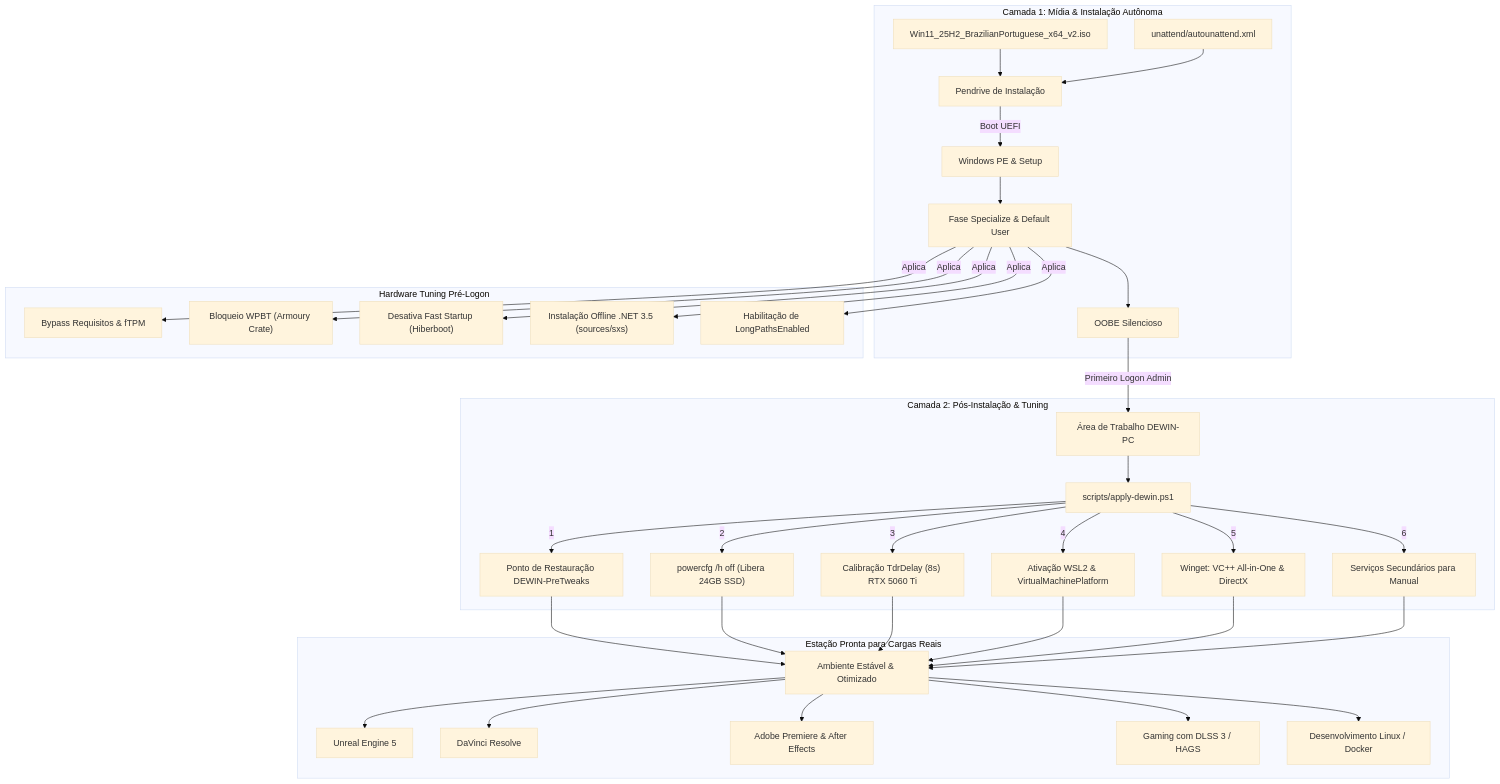
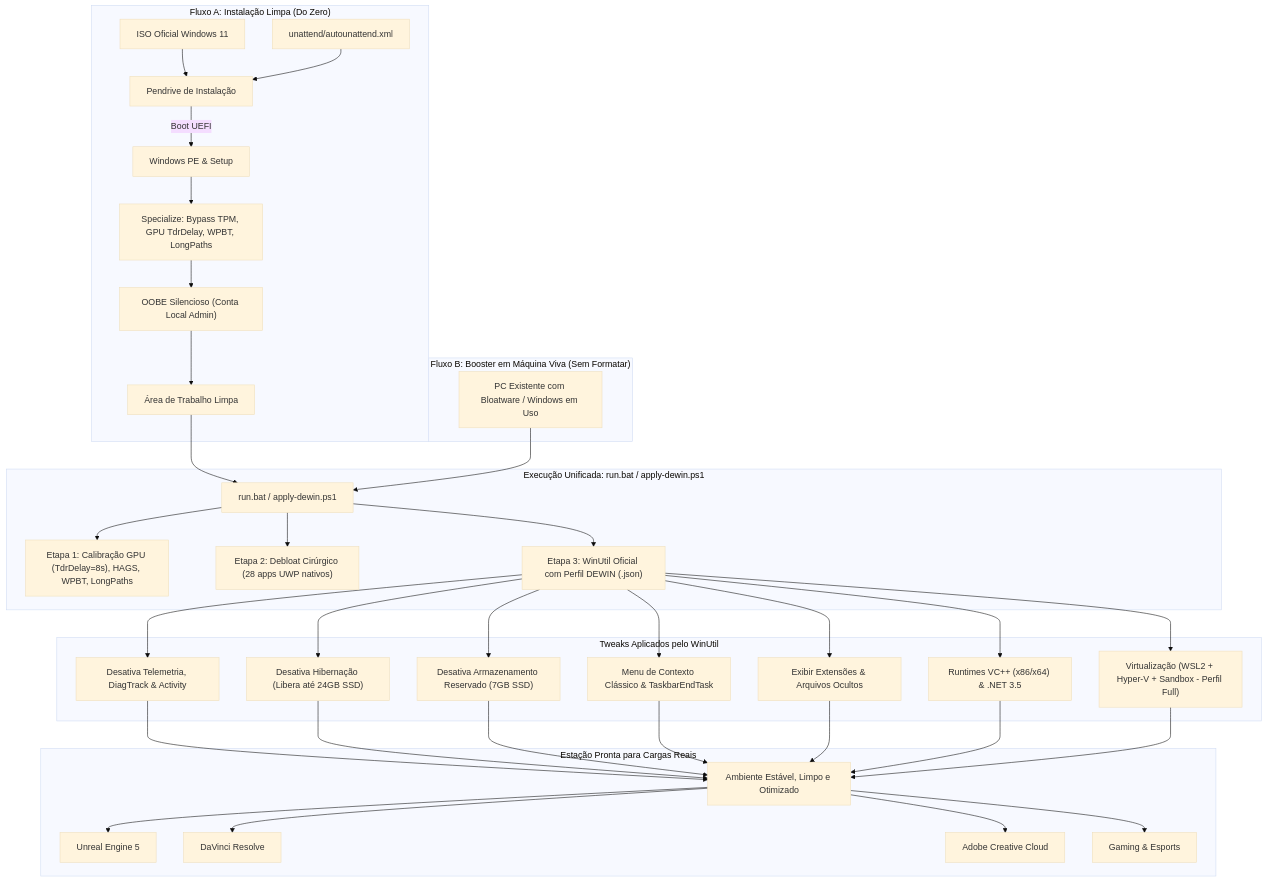
One commit to rubensbkl/dewin changed the diagram in docs/architecture.md. Above: the diagram before and after it, drawn with Mermaid (base theme). The commit also changed other lines of this file and 8 other files, not shown here.

Commit message:
feat: add WinUtil optimization profiles and PowerShell deployment script

````diff
--- a/docs/architecture.md
+++ b/docs/architecture.md
@@ -20,49 +20,45 @@
 ```mermaid
 flowchart TD
-    subgraph ISO_Layer ["Camada 1: Mídia & Instalação Autônoma"]
-        ISO["Win11_25H2_BrazilianPortuguese_x64_v2.iso"]
+    subgraph Flow_A ["Fluxo A: Instalação Limpa (Do Zero)"]
+        ISO["ISO Oficial Windows 11"]
         XML["unattend/autounattend.xml"]
         USB["Pendrive de Instalação"]
-        
         ISO --> USB
         XML --> USB
         USB -->|Boot UEFI| WinPE["Windows PE & Setup"]
-        WinPE --> Specialize["Fase Specialize & Default User"]
-        Specialize --> OOBE["OOBE Silencioso"]
+        WinPE --> Specialize["Specialize: Bypass TPM, GPU TdrDelay, WPBT, LongPaths"]
+        Specialize --> OOBE["OOBE Silencioso (Conta Local Admin)"]
+        OOBE --> DesktopA["Área de Trabalho Limpa"]
     end
 
-    subgraph Hardware_Config ["Hardware Tuning Pré-Logon"]
-        Specialize -->|Aplica| H1["Bypass Requisitos & fTPM"]
-        Specialize -->|Aplica| H2["Bloqueio WPBT (Armoury Crate)"]
-        Specialize -->|Aplica| H3["Desativa Fast Startup (Hiberboot)"]
-        Specialize -->|Aplica| H4["Instalação Offline .NET 3.5 (sources/sxs)"]
-        Specialize -->|Aplica| H5["Habilitação de LongPathsEnabled"]
+    subgraph Flow_B ["Fluxo B: Booster em Máquina Viva (Sem Formatar)"]
+        ExistingPC["PC Existente com Bloatware / Windows em Uso"]
     end
 
-    subgraph Post_Layer ["Camada 2: Pós-Instalação & Tuning"]
-        OOBE -->|Primeiro Logon Admin| Desktop["Área de Trabalho DEWIN-PC"]
-        Desktop --> RunScript["scripts/apply-dewin.ps1"]
+    subgraph Execution ["Execução Unificada: run.bat / apply-dewin.ps1"]
+        DesktopA --> RunBat["run.bat / apply-dewin.ps1"]
+        ExistingPC --> RunBat
         
-        RunScript -->|1| RestorePoint["Ponto de Restauração DEWIN-PreTweaks"]
-        RunScript -->|2| StorageOpt["powercfg /h off (Libera 24GB SSD)"]
-        RunScript -->|3| GPUTuning["Calibração TdrDelay (8s) RTX 5060 Ti"]
-        RunScript -->|4| Virtualization["Ativação WSL2 & VirtualMachinePlatform"]
-        RunScript -->|5| Runtimes["Winget: VC++ All-in-One & DirectX"]
-        RunScript -->|6| ServicesTweak["Serviços Secundários para Manual"]
+        RunBat --> CoreTweaks["Etapa 1: Calibração GPU (TdrDelay=8s), HAGS, WPBT, LongPaths"]
+        RunBat --> Debloat["Etapa 2: Debloat Cirúrgico (28 apps UWP nativos)"]
+        RunBat --> WinUtilStep["Etapa 3: WinUtil Oficial com Perfil DEWIN (.json)"]
     end
 
-    subgraph Production_Ready ["Estação Pronta para Cargas Reais"]
-        RestorePoint --> FinalState["Ambiente Estável & Otimizado"]
-        StorageOpt --> FinalState
-        GPUTuning --> FinalState
-        Virtualization --> FinalState
-        Runtimes --> FinalState
-        ServicesTweak --> FinalState
-        
+    subgraph WinUtil_Profile ["Tweaks Aplicados pelo WinUtil"]
+        WinUtilStep --> W1["Desativa Telemetria, DiagTrack & Activity"]
+        WinUtilStep --> W2["Desativa Hibernação (Libera até 24GB SSD)"]
+        WinUtilStep --> W3["Desativa Armazenamento Reservado (7GB SSD)"]
+        WinUtilStep --> W4["Menu de Contexto Clássico & TaskbarEndTask"]
+        WinUtilStep --> W5["Exibir Extensões & Arquivos Ocultos"]
+        WinUtilStep --> W6["Runtimes VC++ (x86/x64) & .NET 3.5"]
+        WinUtilStep --> W7["Virtualização (WSL2 + Hyper-V + Sandbox - Perfil Full)"]
+    end
+
+    subgraph Ready ["Estação Pronta para Cargas Reais"]
+        W1 & W2 & W3 & W4 & W5 & W6 & W7 --> FinalState["Ambiente Estável, Limpo e Otimizado"]
         FinalState --> Workload1["Unreal Engine 5"]
         FinalState --> Workload2["DaVinci Resolve"]
-        FinalState --> Workload3["Adobe Premiere & After Effects"]
-        FinalState --> Workload4["Gaming com DLSS 3 / HAGS"]
-        FinalState --> Workload5["Desenvolvimento Linux / Docker"]
+        FinalState --> Workload3["Adobe Creative Cloud"]
+        FinalState --> Workload4["Gaming & Esports"]
     end
 ```
````
